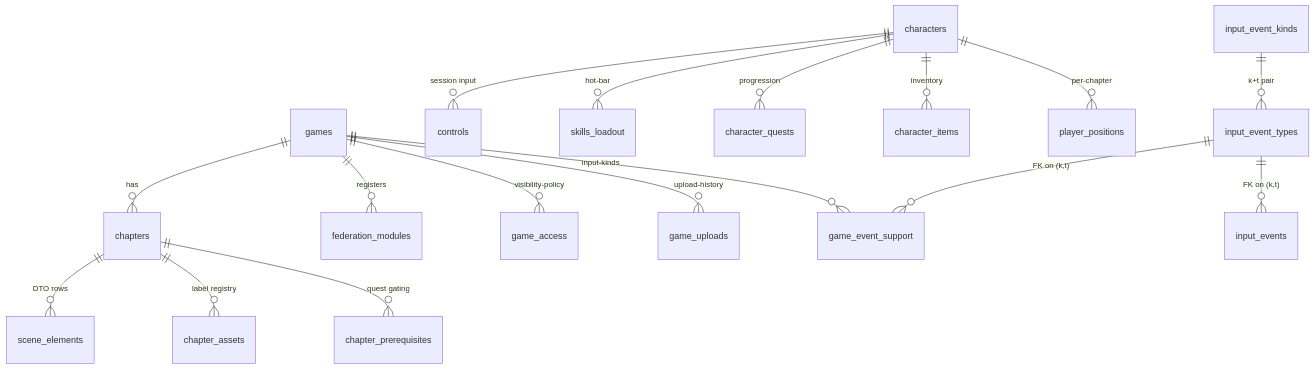
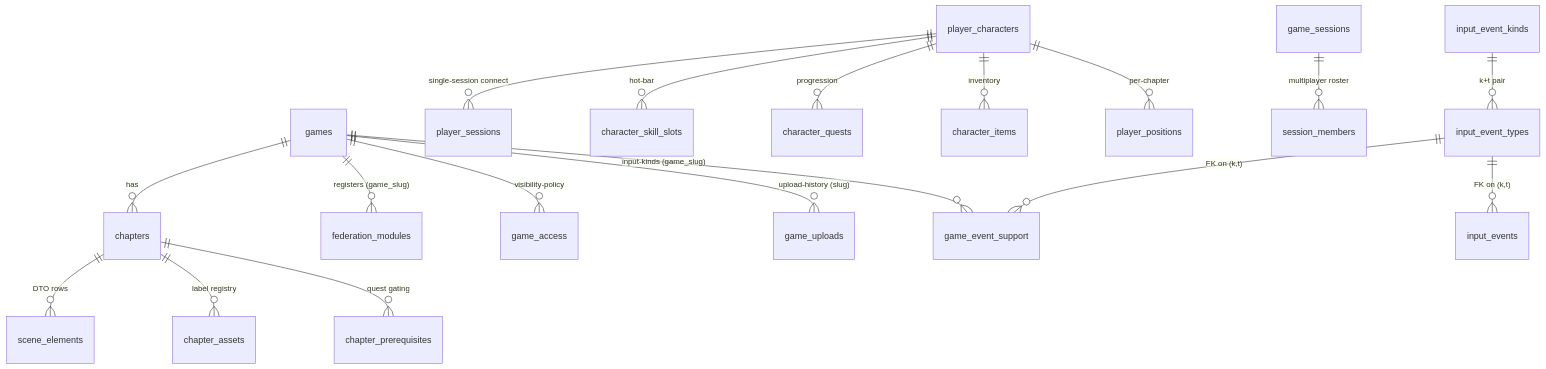
The diagram in docs/wiki/architecture/04-data-model.md (hugmesh/hugmesh-games), drawn with Mermaid before and after one commit. The commit also changed other lines of this file, not shown here.

Commit message:
docs(architecture): 04 data model: fix table names, changelog list, Cassandra, replica and accounts claims

````diff
--- a/docs/wiki/architecture/04-data-model.md
+++ b/docs/wiki/architecture/04-data-model.md
@@ -11,19 +11,20 @@
 ```mermaid
 erDiagram
     games ||--o{ chapters : has
-    games ||--o{ federation_modules : registers
+    games ||--o{ federation_modules : "registers (game_slug)"
     games ||--o{ game_access : "visibility-policy"
-    games ||--o{ game_uploads : "upload-history"
-    games ||--o{ game_event_support : "input-kinds"
+    games ||--o{ game_uploads : "upload-history (slug)"
+    games ||--o{ game_event_support : "input-kinds (game_slug)"
     chapters ||--o{ scene_elements : "DTO rows"
     chapters ||--o{ chapter_assets : "label registry"
     chapters ||--o{ chapter_prerequisites : "quest gating"
-    characters ||--o{ controls : "session input"
-    characters ||--o{ skills_loadout : "hot-bar"
-    characters ||--o{ character_quests : "progression"
-    characters ||--o{ character_items : inventory
-    characters ||--o{ player_positions : "per-chapter"
+    player_characters ||--o{ player_sessions : "single-session connect"
+    player_characters ||--o{ character_skill_slots : "hot-bar"
+    player_characters ||--o{ character_quests : "progression"
+    player_characters ||--o{ character_items : inventory
+    player_characters ||--o{ player_positions : "per-chapter"
+    game_sessions ||--o{ session_members : "multiplayer roster"
     input_event_kinds ||--o{ input_event_types : "k+t pair"
     input_event_types ||--o{ game_event_support : "FK on (k,t)"
     input_event_types ||--o{ input_events : "FK on (k,t)"
 ```
````
